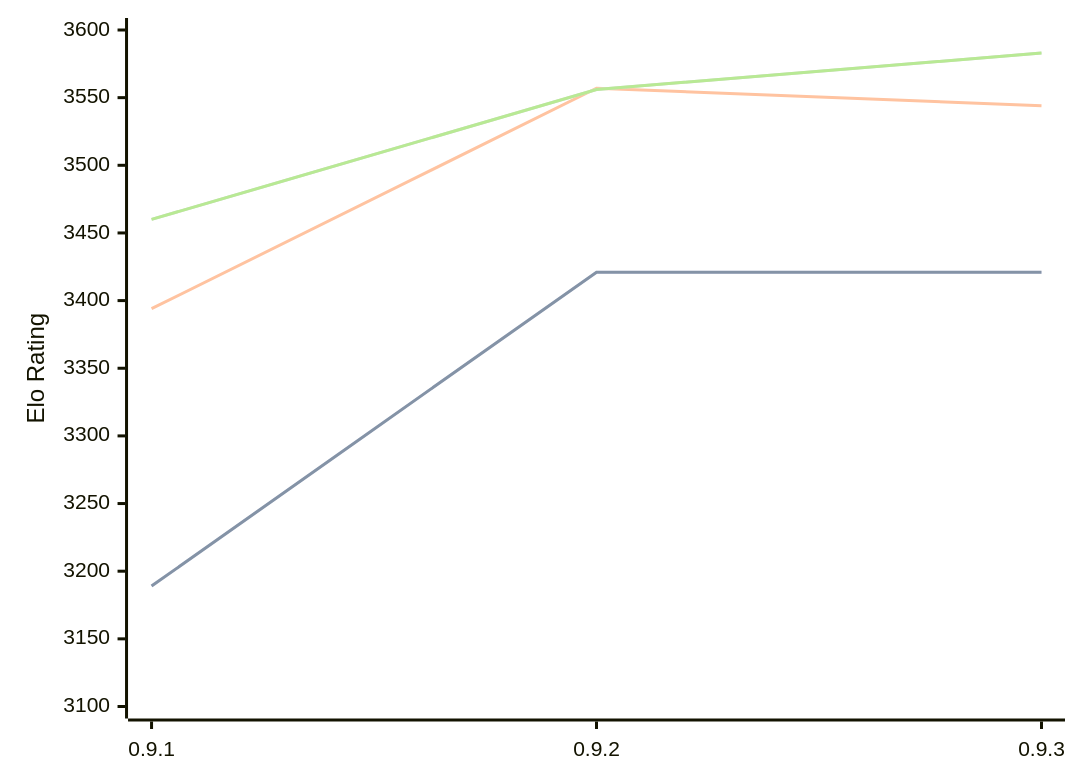
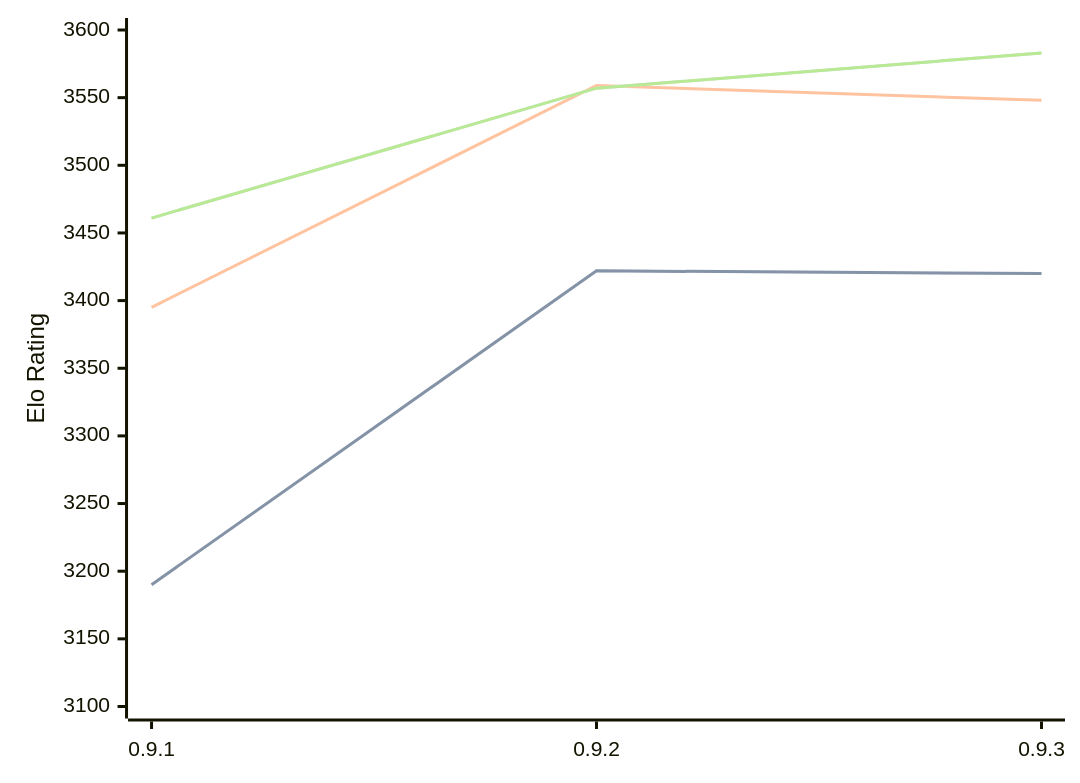
The diagram in engines/Coda.md (computer-chess-index/cci), drawn with Mermaid before and after one commit. The commit also changed other lines of this file, not shown here.

Commit message:
Update CCI Ratings (ELO VLTC) - 2026-08-09

````diff
--- a/engines/Coda.md
+++ b/engines/Coda.md
@@ -33,11 +33,11 @@
 ```mermaid
 %%{init: {"theme":"base","themeVariables":{"seriesColors:['#a3a3a3','#222221','#faa371']}}}%%
 xychart-beta
   x-axis ["0.9.1", "0.9.2", "0.9.3"]
   y-axis "Elo Rating" 3100 --> 3600
-  line "STC (8.0+0.08s)" [3189, 3421, 3421]
-  line "STC (8.0+0.08s)" [3189, 3421, 3421]
-  line "LTC (60.0+0.60s)" [3394, 3557, 3544]
-  line "VLTC (2m24s+1.12s)" [3460, 3556, 3583]
-  line "VLTC (2m24s+1.12s)" [3460, 3556, 3583]
+  line "STC (8.0+0.08s)" [3190, 3422, 3420]
+  line "STC (8.0+0.08s)" [3190, 3422, 3420]
+  line "LTC (60.0+0.60s)" [3395, 3559, 3548]
+  line "VLTC (2m24s+1.12s)" [3461, 3557, 3583]
+  line "VLTC (2m24s+1.12s)" [3461, 3557, 3583]
 ```
````
